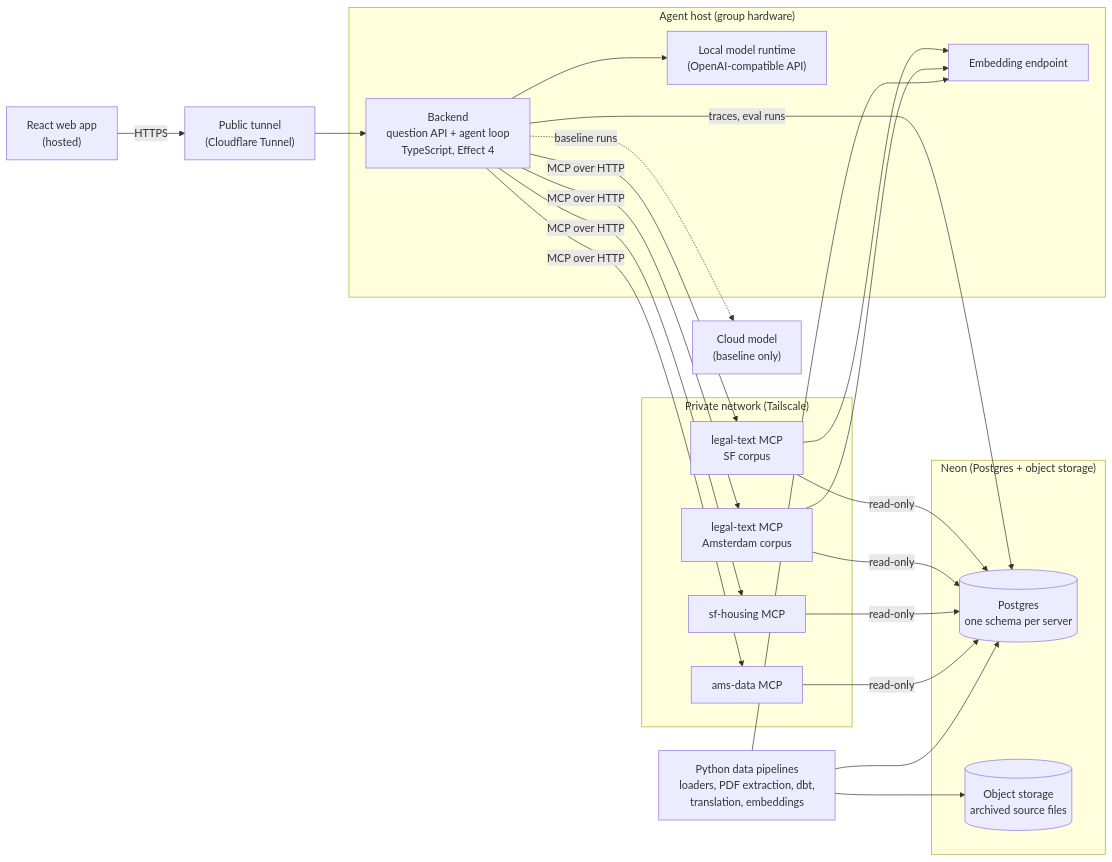
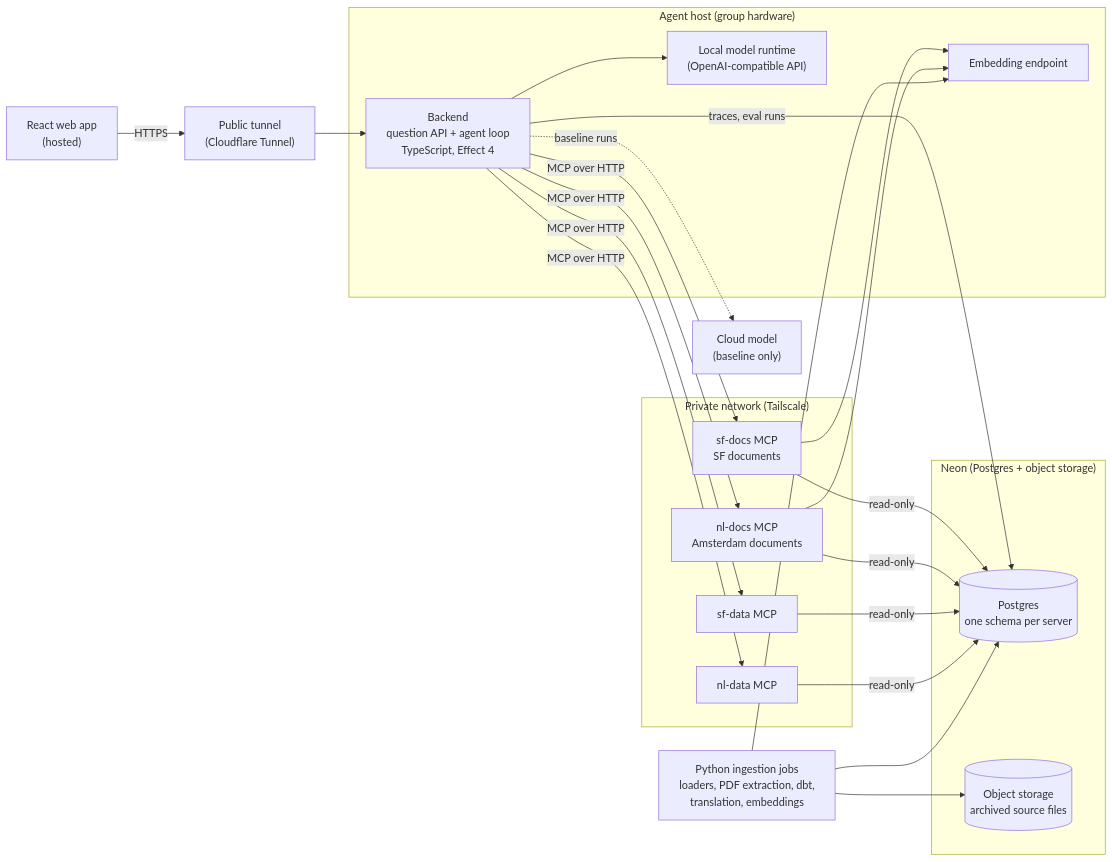
Before and after one commit to mollyegibson/policy-huis: the diagram in README.md, drawn with Mermaid. The commit also changed other lines of this file and 278 other files, not shown here.

````diff
--- a/README.md
+++ b/README.md
@@ -23,38 +23,38 @@
 ```mermaid
 flowchart LR
     web["React web app<br/>(hosted)"]
     tunnel["Public tunnel<br/>(Cloudflare Tunnel)"]
 
     subgraph host["Agent host (group hardware)"]
         agent["Backend<br/>question API + agent loop<br/>TypeScript, Effect 4"]
         llm["Local model runtime<br/>(OpenAI-compatible API)"]
         emb["Embedding endpoint"]
     end
 
     cloud["Cloud model<br/>(baseline only)"]
 
     subgraph mesh["Private network (Tailscale)"]
-        lt_sf["legal-text MCP<br/>SF corpus"]
-        lt_ams["legal-text MCP<br/>Amsterdam corpus"]
-        d_sf["sf-housing MCP"]
-        d_ams["ams-data MCP"]
+        lt_sf["sf-docs MCP<br/>SF documents"]
+        lt_ams["nl-docs MCP<br/>Amsterdam documents"]
+        d_sf["sf-data MCP"]
+        d_ams["nl-data MCP"]
     end
 
     subgraph neon["Neon (Postgres + object storage)"]
         pg[("Postgres<br/>one schema per server")]
         obj[("Object storage<br/>archived source files")]
     end
 
-    pipe["Python data pipelines<br/>loaders, PDF extraction, dbt,<br/>translation, embeddings"]
+    pipe["Python ingestion jobs<br/>loaders, PDF extraction, dbt,<br/>translation, embeddings"]
 
     web -- HTTPS --> tunnel --> agent
     agent --> llm
     agent -. baseline runs .-> cloud
     agent -- MCP over HTTP --> lt_sf & lt_ams & d_sf & d_ams
     lt_sf & lt_ams --> emb
     lt_sf & lt_ams & d_sf & d_ams -- read-only --> pg
     pipe --> obj
     pipe --> pg
     pipe --> emb
     agent -- traces, eval runs --> pg
 ```
````
